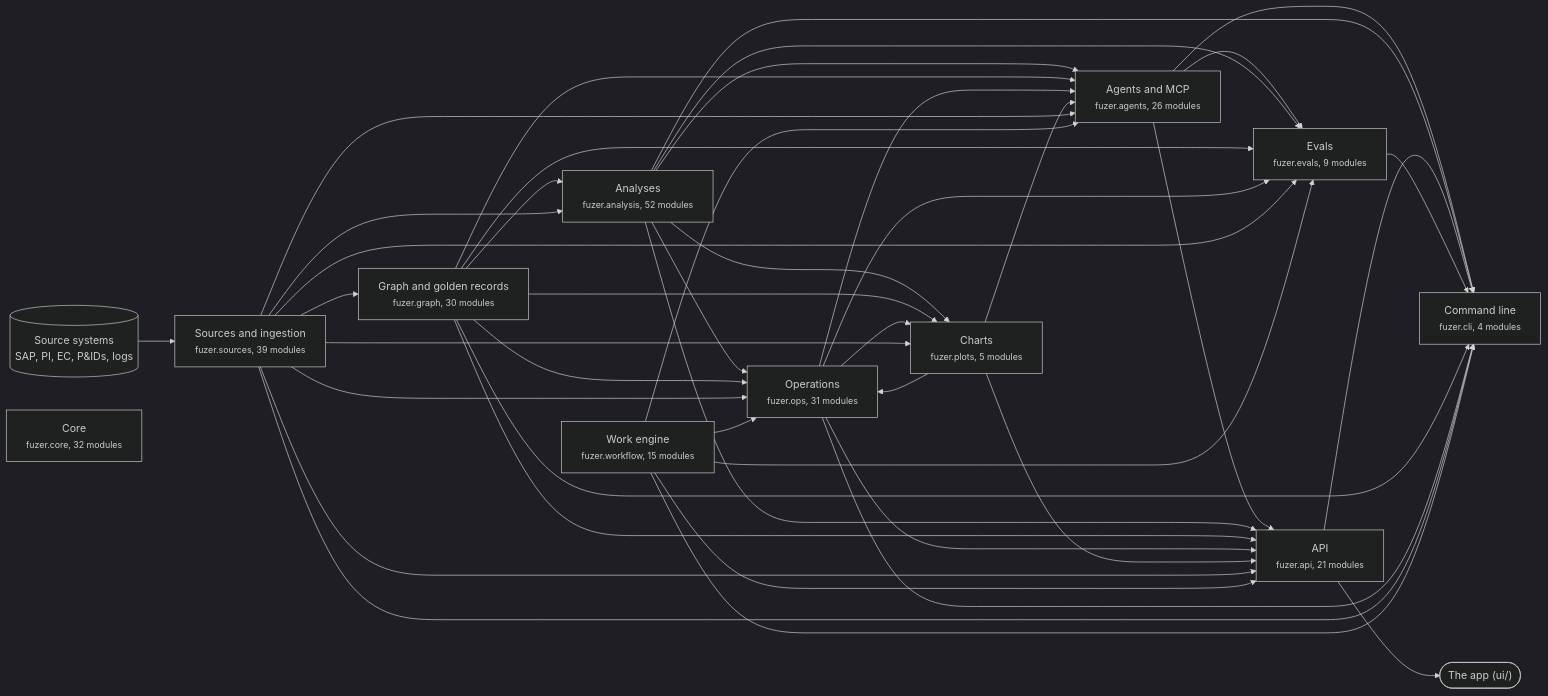
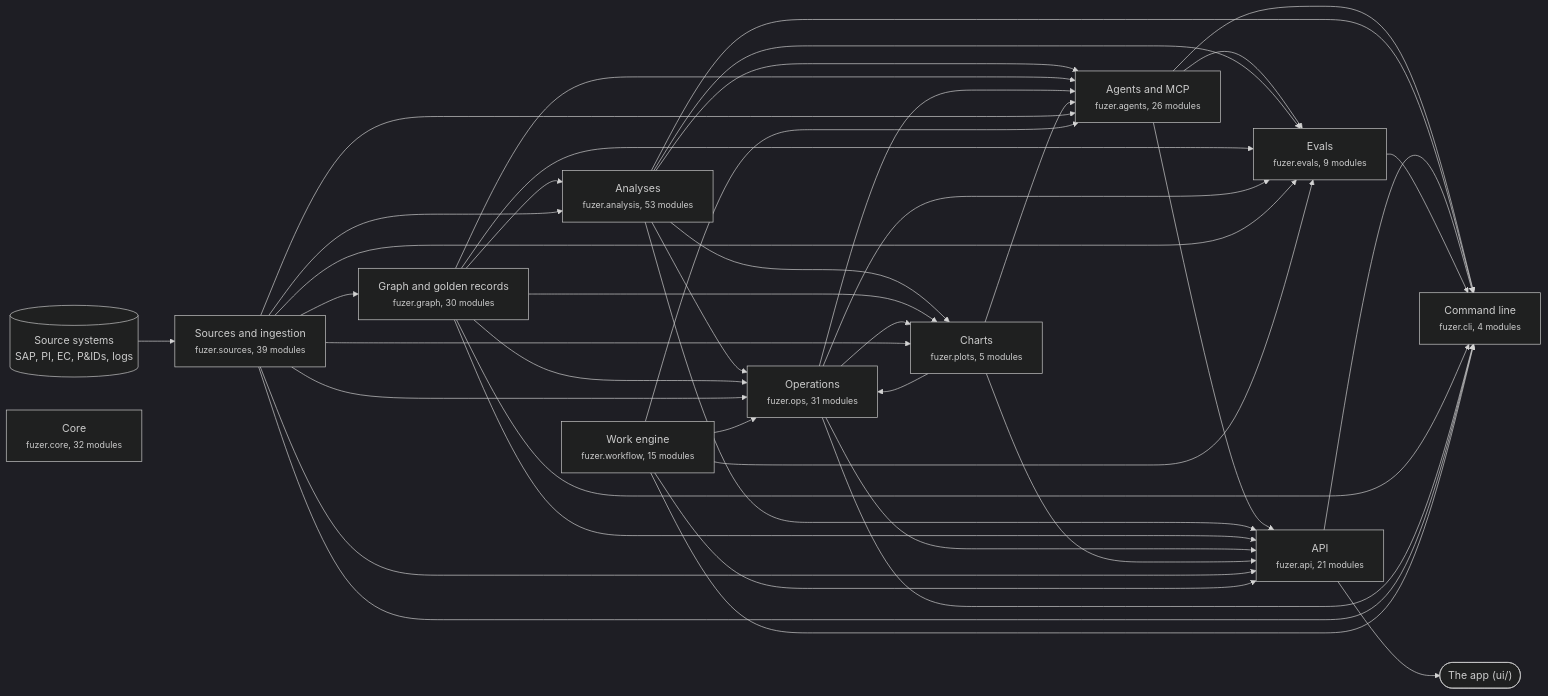
The first of 3 diagrams in docs/architecture.md (areed145/fuzer), drawn with Mermaid (dark theme) before and after one commit. The commit also changed other lines of this file and 16 other files, not shown here.

````diff
--- a/docs/architecture.md
+++ b/docs/architecture.md
@@ -8,67 +8,67 @@
 ```mermaid
 flowchart LR
   systems[("Source systems<br>SAP, PI, EC, P&IDs, logs")] --> c_sources
   app(["The app (ui/)"])
   c_api --> app
   c_sources["Sources and ingestion<br><small>fuzer.sources, 39 modules</small>"]
   c_graph["Graph and golden records<br><small>fuzer.graph, 30 modules</small>"]
-  c_analysis["Analyses<br><small>fuzer.analysis, 52 modules</small>"]
+  c_analysis["Analyses<br><small>fuzer.analysis, 53 modules</small>"]
   c_ops["Operations<br><small>fuzer.ops, 31 modules</small>"]
   c_plots["Charts<br><small>fuzer.plots, 5 modules</small>"]
   c_workflow["Work engine<br><small>fuzer.workflow, 15 modules</small>"]
   c_agents["Agents and MCP<br><small>fuzer.agents, 26 modules</small>"]
   c_evals["Evals<br><small>fuzer.evals, 9 modules</small>"]
   c_api["API<br><small>fuzer.api, 21 modules</small>"]
   c_cli["Command line<br><small>fuzer.cli, 4 modules</small>"]
   c_core["Core<br><small>fuzer.core, 32 modules</small>"]
   c_sources --> c_graph
   c_graph --> c_analysis
   c_sources --> c_analysis
   c_analysis --> c_ops
   c_graph --> c_ops
   c_plots --> c_ops
   c_sources --> c_ops
   c_workflow --> c_ops
   c_analysis --> c_plots
   c_graph --> c_plots
   c_ops --> c_plots
   c_sources --> c_plots
   c_analysis --> c_agents
   c_graph --> c_agents
   c_ops --> c_agents
   c_plots --> c_agents
   c_sources --> c_agents
   c_workflow --> c_agents
   c_agents --> c_evals
   c_analysis --> c_evals
   c_graph --> c_evals
   c_ops --> c_evals
   c_sources --> c_evals
   c_workflow --> c_evals
   c_agents --> c_api
   c_analysis --> c_api
   c_graph --> c_api
   c_ops --> c_api
   c_plots --> c_api
   c_sources --> c_api
   c_workflow --> c_api
   c_agents --> c_cli
   c_analysis --> c_cli
   c_api --> c_cli
   c_evals --> c_cli
   c_graph --> c_cli
   c_ops --> c_cli
   c_sources --> c_cli
   c_workflow --> c_cli
   click c_sources "https://github.com/areed145/fuzer/tree/main/src/fuzer/sources"
   click c_graph "https://github.com/areed145/fuzer/tree/main/src/fuzer/graph"
   click c_analysis "https://github.com/areed145/fuzer/tree/main/src/fuzer/analysis"
   click c_ops "https://github.com/areed145/fuzer/tree/main/src/fuzer/ops"
   click c_plots "https://github.com/areed145/fuzer/tree/main/src/fuzer/plots"
   click c_workflow "https://github.com/areed145/fuzer/tree/main/src/fuzer/workflow"
   click c_agents "https://github.com/areed145/fuzer/tree/main/src/fuzer/agents"
   click c_evals "https://github.com/areed145/fuzer/tree/main/src/fuzer/evals"
   click c_api "https://github.com/areed145/fuzer/tree/main/src/fuzer/api"
   click c_cli "https://github.com/areed145/fuzer/tree/main/src/fuzer/cli"
   click c_core "https://github.com/areed145/fuzer/tree/main/src/fuzer/core"
 ```
````
